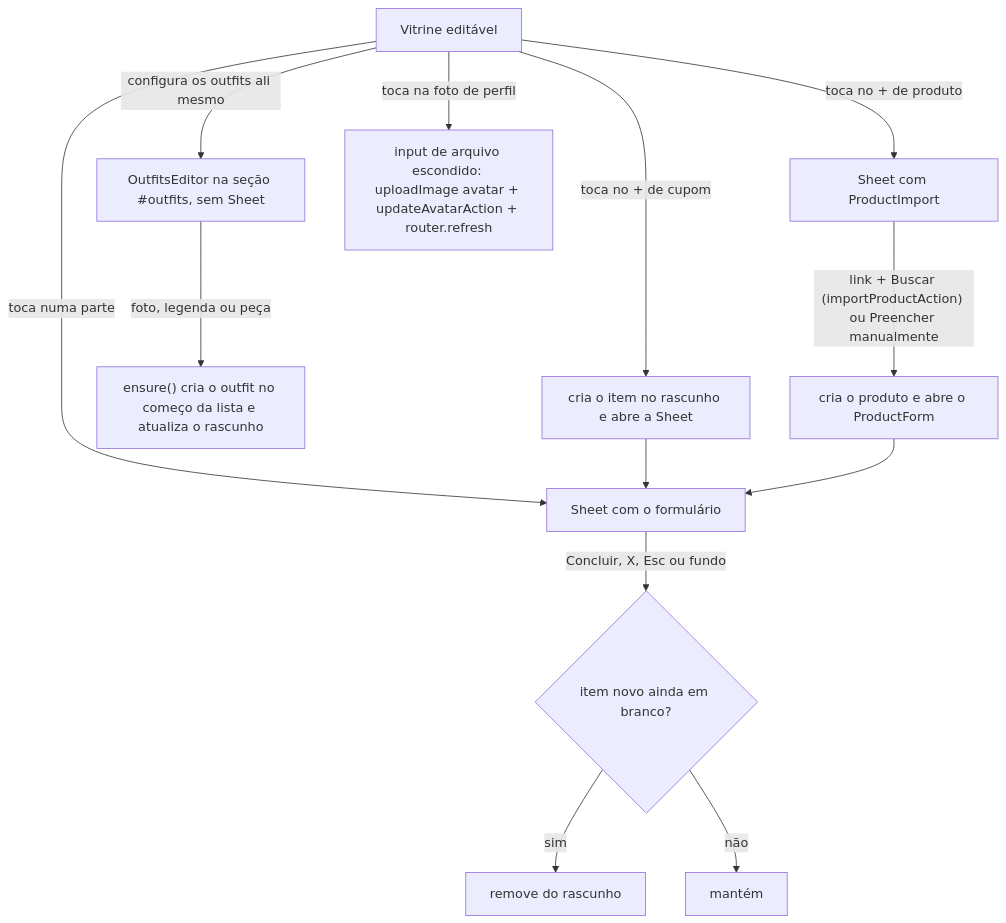
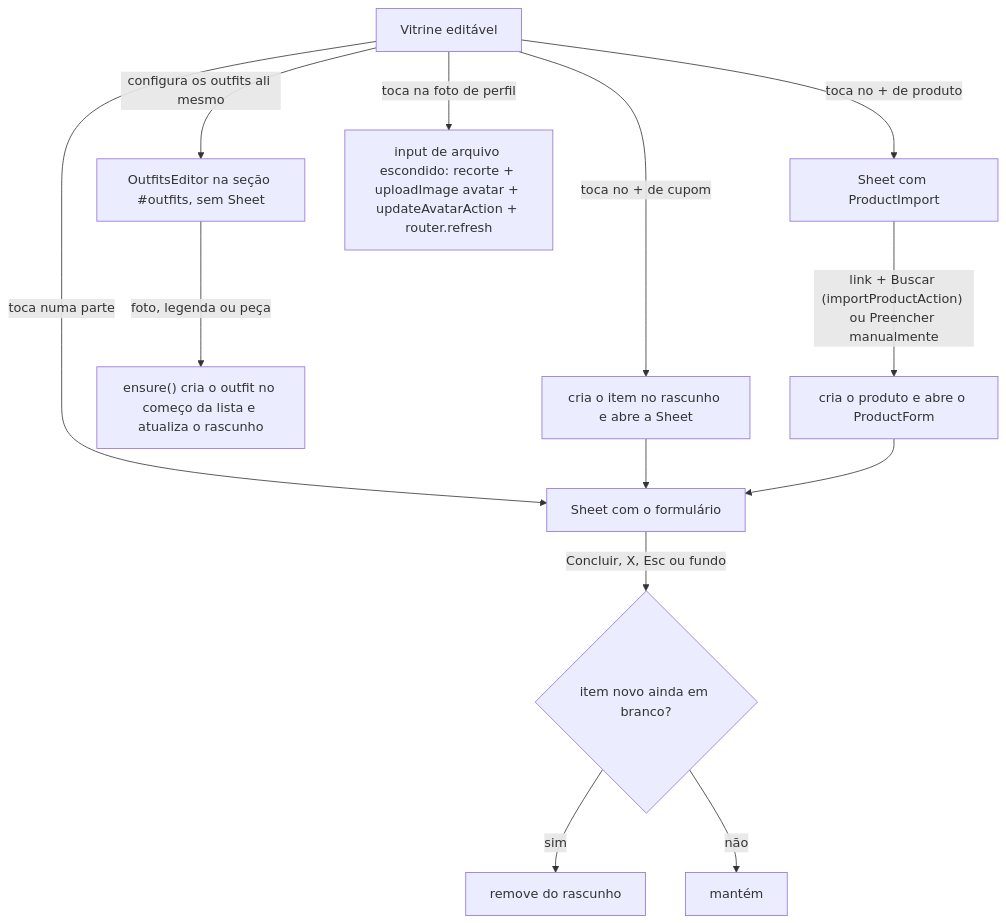
The sixth of 8 diagrams in docs/architecture.md (estevaons/myvitri), drawn with Mermaid before and after one commit. The commit also changed other lines of this file and 10 other files, not shown here.

````diff
--- a/docs/architecture.md
+++ b/docs/architecture.md
@@ -527,15 +528,15 @@
 ```mermaid
 graph TD
     A["Vitrine editável"] -->|"toca numa parte"| B["Sheet com o formulário"]
     A -->|"toca no + de cupom"| C["cria o item no rascunho e abre a Sheet"]
     A -->|"configura os outfits ali mesmo"| P["OutfitsEditor na seção #outfits, sem Sheet"]
     P -->|"foto, legenda ou peça"| Q["ensure() cria o outfit no começo da lista e atualiza o rascunho"]
     A -->|"toca no + de produto"| D["Sheet com ProductImport"]
     D -->|"link + Buscar (importProductAction) ou Preencher manualmente"| E["cria o produto e abre o ProductForm"]
     C --> B
     E --> B
     B -->|"Concluir, X, Esc ou fundo"| F{"item novo ainda em branco?"}
     F -->|"sim"| G["remove do rascunho"]
     F -->|"não"| H["mantém"]
-    A -->|"toca na foto de perfil"| I["input de arquivo escondido: uploadImage avatar + updateAvatarAction + router.refresh"]
+    A -->|"toca na foto de perfil"| I["input de arquivo escondido: recorte + uploadImage avatar + updateAvatarAction + router.refresh"]
 ```
````
